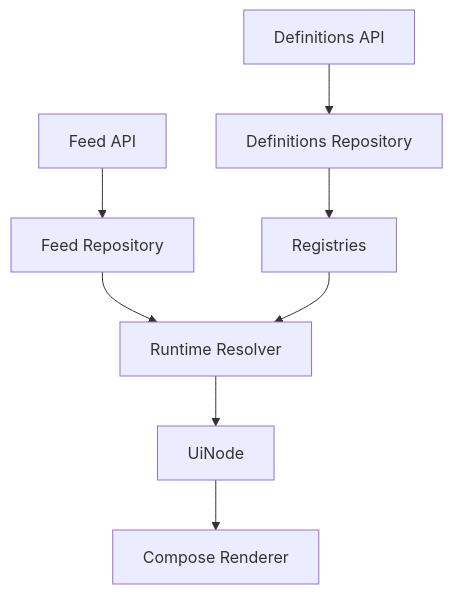
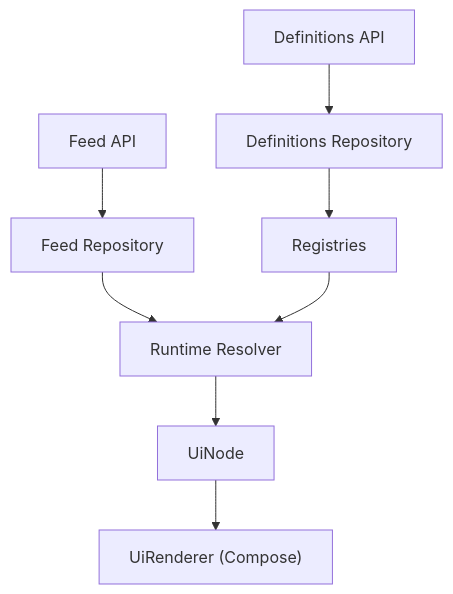
One commit to AnantSingh08/DynamicUiRenderer changed the first of 2 diagrams in docs/renderer-flow.md. Above: the diagram before and after it, drawn with Mermaid. The commit also changed other lines of this file and 9 other files, not shown here.

````diff
--- a/docs/renderer-flow.md
+++ b/docs/renderer-flow.md
@@ -11,10 +11,10 @@
 ```mermaid
 graph TD
     A["Definitions API"] --> B["Definitions Repository"]
     B --> C["Registries"]
     D["Feed API"] --> E["Feed Repository"]
     E --> F["Runtime Resolver"]
     C --> F
     F --> G["UiNode"]
-    G --> H["Compose Renderer"]
+    G --> H["UiRenderer (Compose)"]
 ```
````
